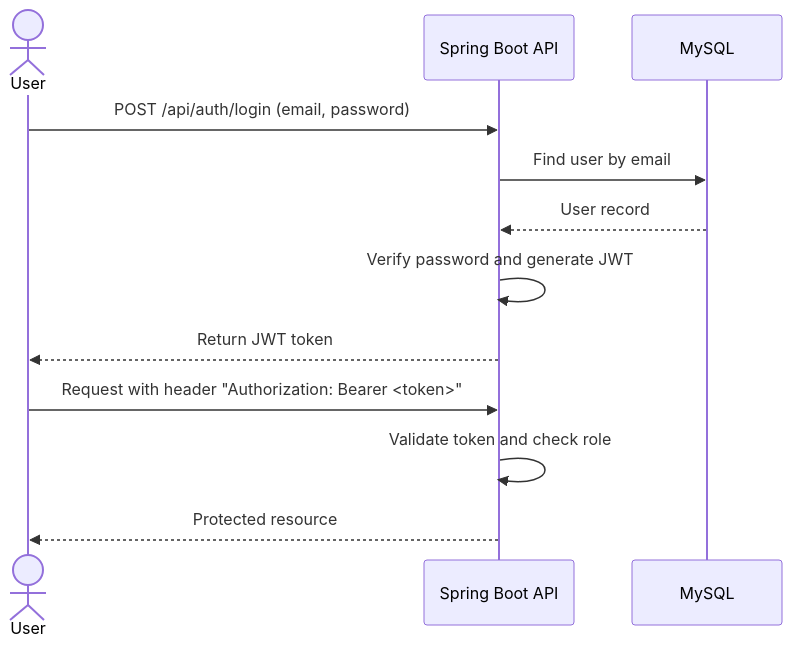
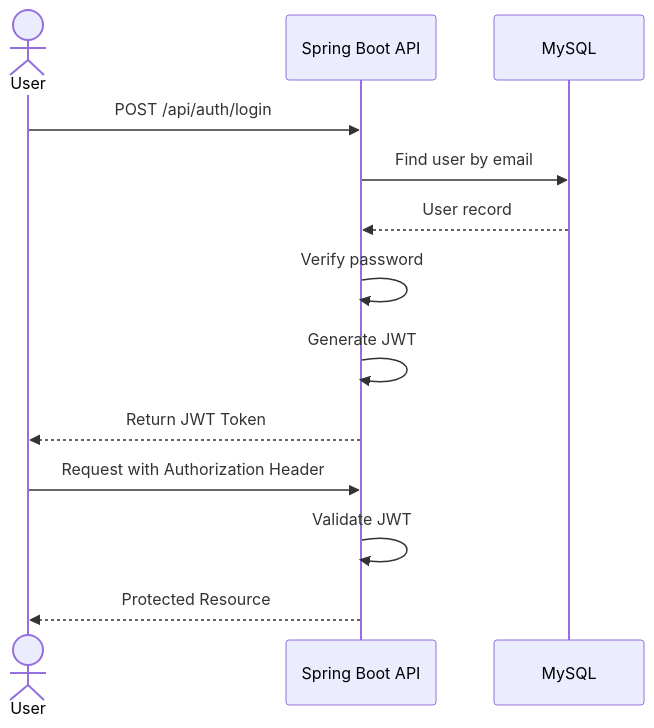
One commit to huenguyenkim/Taskflow changed the second of 3 diagrams in README.md. Above: the diagram before and after it, drawn with Mermaid. The commit also changed other lines of this file, not shown here.

````diff
--- a/README.md
+++ b/README.md
@@ -65,15 +113,27 @@
 ```mermaid
 sequenceDiagram
+
     actor User
+
     participant API as Spring Boot API
+
     participant DB as MySQL
 
-    User->>API: POST /api/auth/login (email, password)
+    User->>API: POST /api/auth/login
+
     API->>DB: Find user by email
+
     DB-->>API: User record
-    API->>API: Verify password and generate JWT
-    API-->>User: Return JWT token
-    User->>API: Request with header "Authorization: Bearer <token>"
-    API->>API: Validate token and check role
-    API-->>User: Protected resource
+
+    API->>API: Verify password
+
+    API->>API: Generate JWT
+
+    API-->>User: Return JWT Token
+
+    User->>API: Request with Authorization Header
+
+    API->>API: Validate JWT
+
+    API-->>User: Protected Resource
 ```
````
